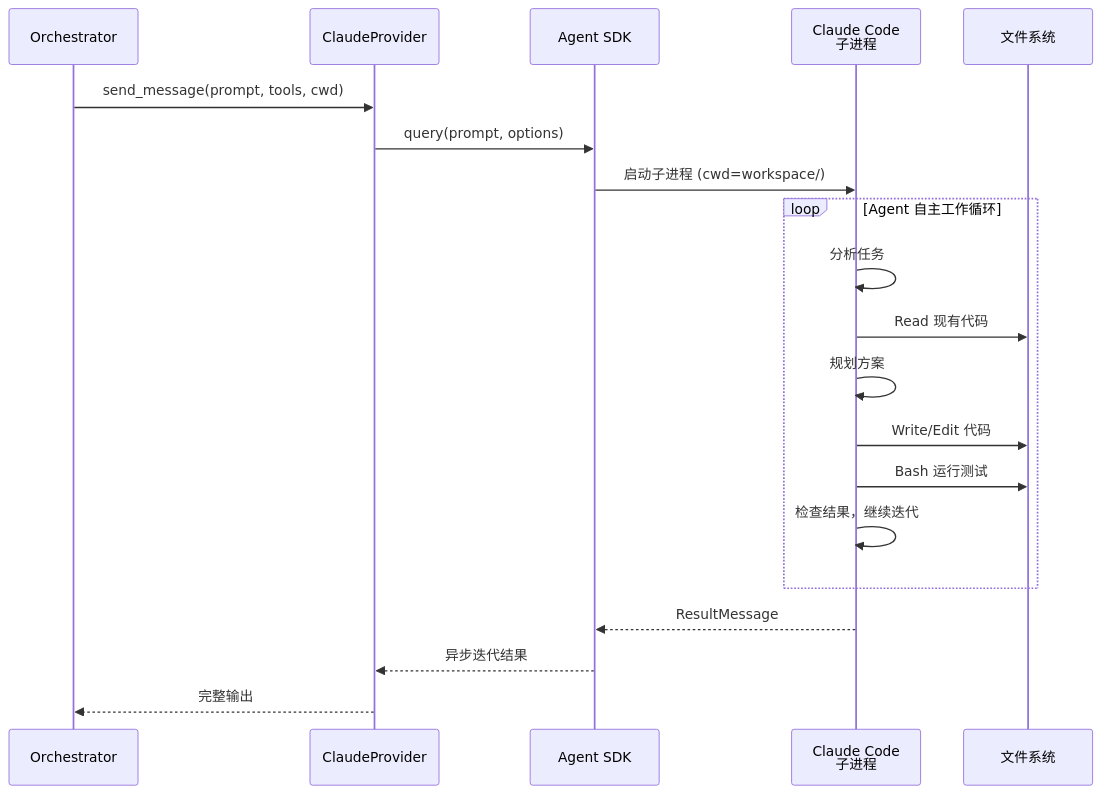
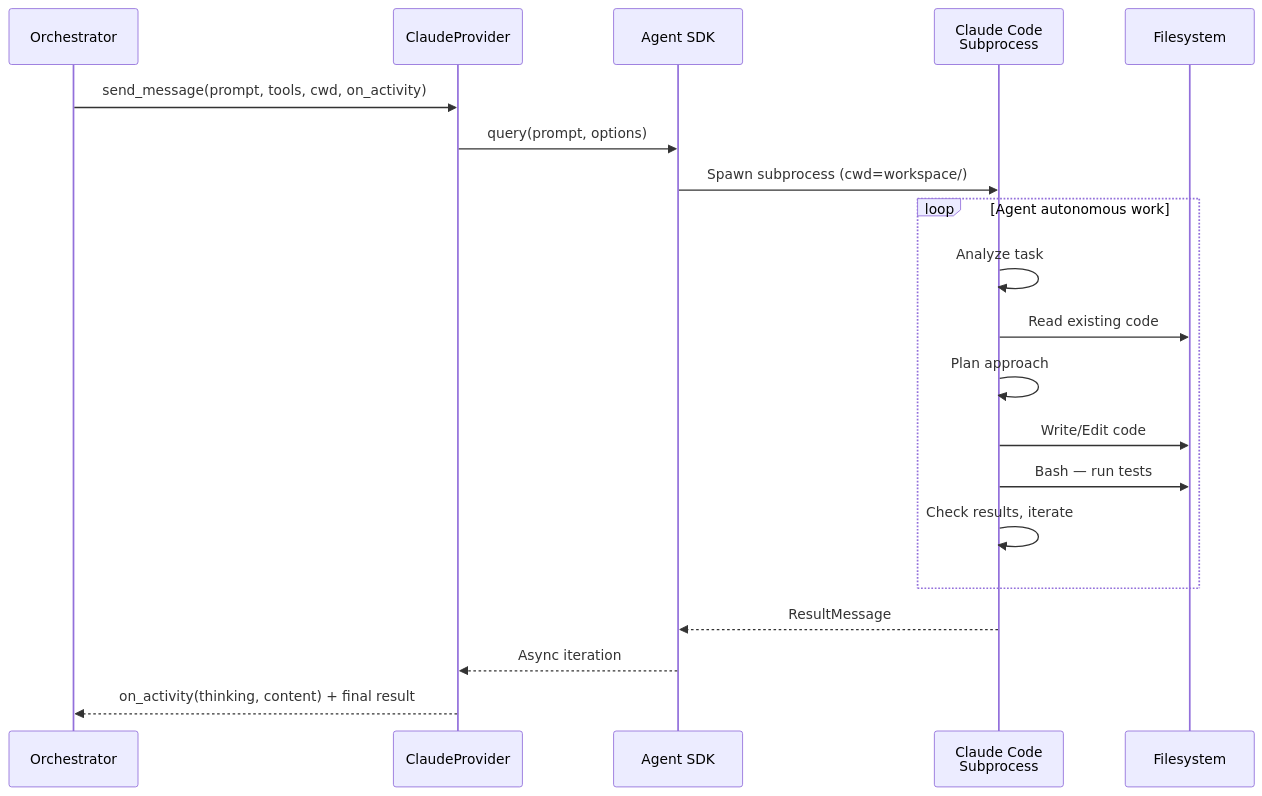
Before and after one commit to lchaoer/Polygents: the seventh of 8 diagrams in docs/architecture.md, drawn with Mermaid. The commit also changed other lines of this file and 2 other files, not shown here.

First line of the commit message:
docs: update api-reference, architecture, and design docs to match current codebase

````diff
--- a/docs/architecture.md
+++ b/docs/architecture.md
@@ -196,25 +387,25 @@
 ```mermaid
 sequenceDiagram
     participant O as Orchestrator
     participant P as ClaudeProvider
     participant SDK as Agent SDK
-    participant CLI as Claude Code<br/>子进程
-    participant FS as 文件系统
+    participant CLI as Claude Code<br/>Subprocess
+    participant FS as Filesystem
 
-    O->>P: send_message(prompt, tools, cwd)
+    O->>P: send_message(prompt, tools, cwd, on_activity)
     P->>SDK: query(prompt, options)
-    SDK->>CLI: 启动子进程 (cwd=workspace/)
+    SDK->>CLI: Spawn subprocess (cwd=workspace/)
 
-    loop Agent 自主工作循环
-        CLI->>CLI: 分析任务
-        CLI->>FS: Read 现有代码
-        CLI->>CLI: 规划方案
-        CLI->>FS: Write/Edit 代码
-        CLI->>FS: Bash 运行测试
-        CLI->>CLI: 检查结果，继续迭代
+    loop Agent autonomous work
+        CLI->>CLI: Analyze task
+        CLI->>FS: Read existing code
+        CLI->>CLI: Plan approach
+        CLI->>FS: Write/Edit code
+        CLI->>FS: Bash — run tests
+        CLI->>CLI: Check results, iterate
     end
 
     CLI-->>SDK: ResultMessage
-    SDK-->>P: 异步迭代结果
-    P-->>O: 完整输出
+    SDK-->>P: Async iteration
+    P-->>O: on_activity(thinking, content) + final result
 ```
````
